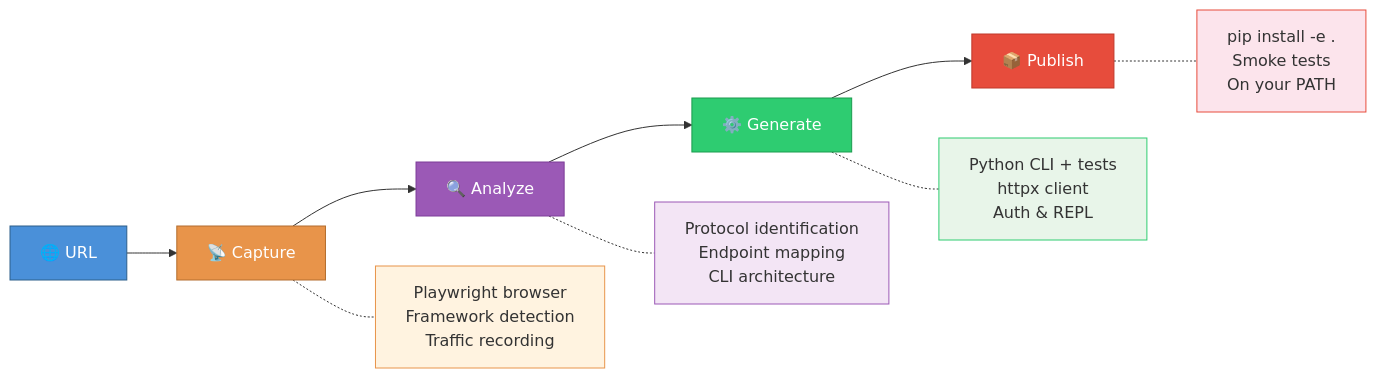
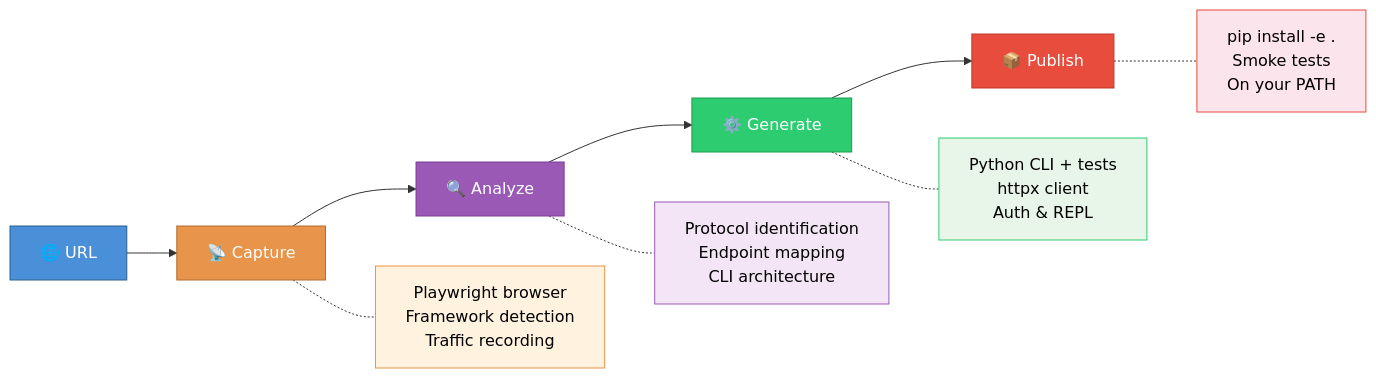
One commit to ItamarZand88/CLI-Anything-WEB changed the diagram in README.md. Above: the diagram before and after it, drawn with Mermaid.

Commit message:
docs: set Mermaid explanation text color to black

````diff
--- a/README.md
+++ b/README.md
@@ -119,22 +119,22 @@
 ```mermaid
 graph LR
     A["🌐 URL"] --> B["📡 Capture"]
     B --> C["🔍 Analyze"]
     C --> D["⚙️ Generate"]
     D --> E["📦 Publish"]
 
     B -.- B1["Playwright browser\nFramework detection\nTraffic recording"]
     C -.- C1["Protocol identification\nEndpoint mapping\nCLI architecture"]
     D -.- D1["Python CLI + tests\nhttpx client\nAuth & REPL"]
     E -.- E1["pip install -e .\nSmoke tests\nOn your PATH"]
 
     style A fill:#4a90d9,stroke:#2c5f8a,color:#fff
     style B fill:#e8944a,stroke:#b36d2e,color:#fff
     style C fill:#9b59b6,stroke:#7d3c98,color:#fff
     style D fill:#2ecc71,stroke:#1a9c4e,color:#fff
     style E fill:#e74c3c,stroke:#c0392b,color:#fff
-    style B1 fill:#fff3e0,stroke:#e8944a
-    style C1 fill:#f3e5f5,stroke:#9b59b6
-    style D1 fill:#e8f5e9,stroke:#2ecc71
-    style E1 fill:#fce4ec,stroke:#e74c3c
+    style B1 fill:#fff3e0,stroke:#e8944a,color:#000
+    style C1 fill:#f3e5f5,stroke:#9b59b6,color:#000
+    style D1 fill:#e8f5e9,stroke:#2ecc71,color:#000
+    style E1 fill:#fce4ec,stroke:#e74c3c,color:#000
 ```
````
